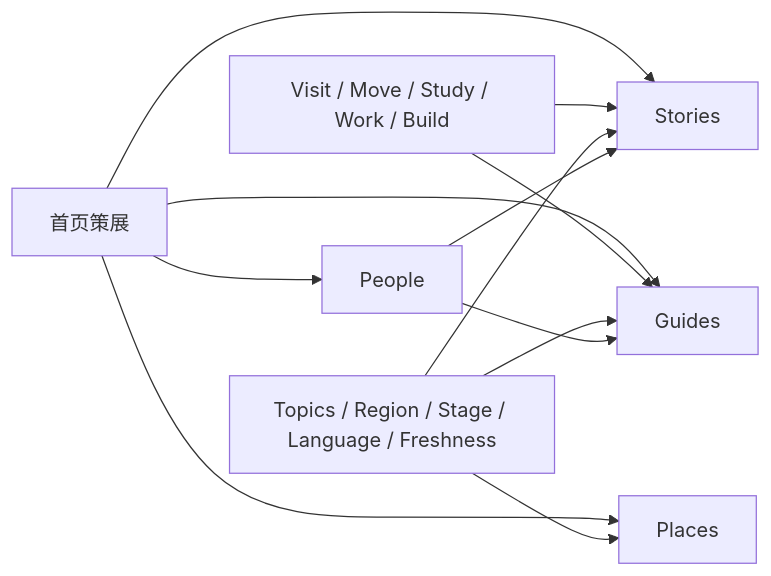
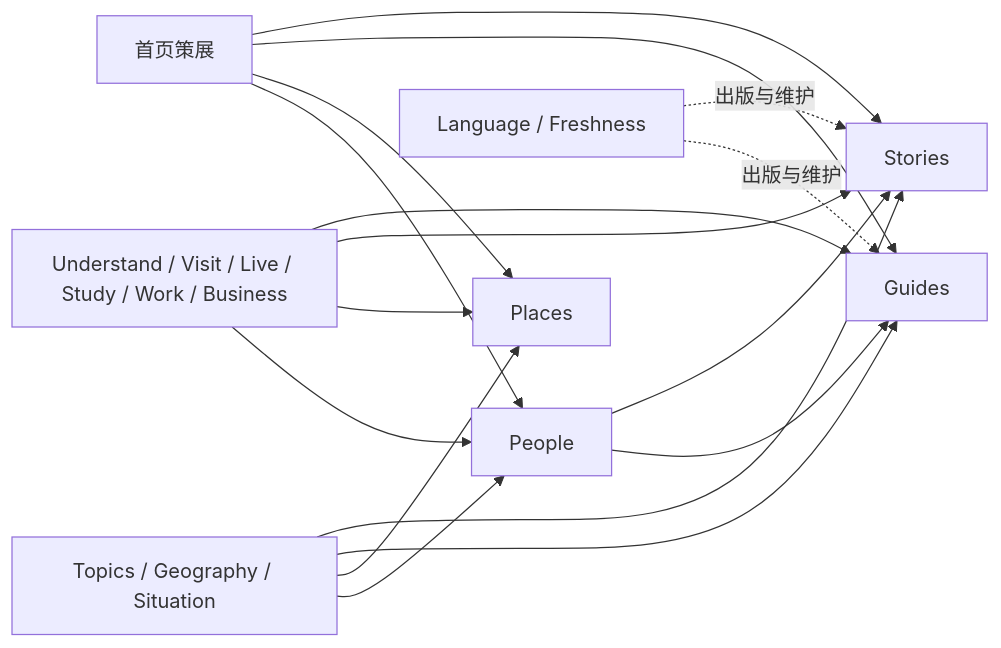
The diagram in docs/reference/design/information-architecture-zero-base-research-2026-07-26.md (lonelyreader/chinaknowledge), drawn with Mermaid before and after one commit. The commit also changed other lines of this file and 12 other files, not shown here.

````diff
--- a/docs/reference/design/information-architecture-zero-base-research-2026-07-26.md
+++ b/docs/reference/design/information-architecture-zero-base-research-2026-07-26.md
@@ -141,14 +149,19 @@
 ```mermaid
 flowchart LR
     H["首页策展"] --> S["Stories"]
     H --> G["Guides"]
     H --> L["Places"]
     H --> P["People"]
-    J["Visit / Move / Study / Work / Build"] --> G
+    J["Understand / Visit / Live / Study / Work / Business"] --> G
     J --> S
-    T["Topics / Region / Stage / Language / Freshness"] --> S
+    J --> L
+    J --> P
+    T["Topics / Geography / Situation"] --> S
     T --> G
     T --> L
+    T --> P
+    X["Language / Freshness"] -.出版与维护.-> S
+    X -.出版与维护.-> G
     P --> S
     P --> G
 ```
````
